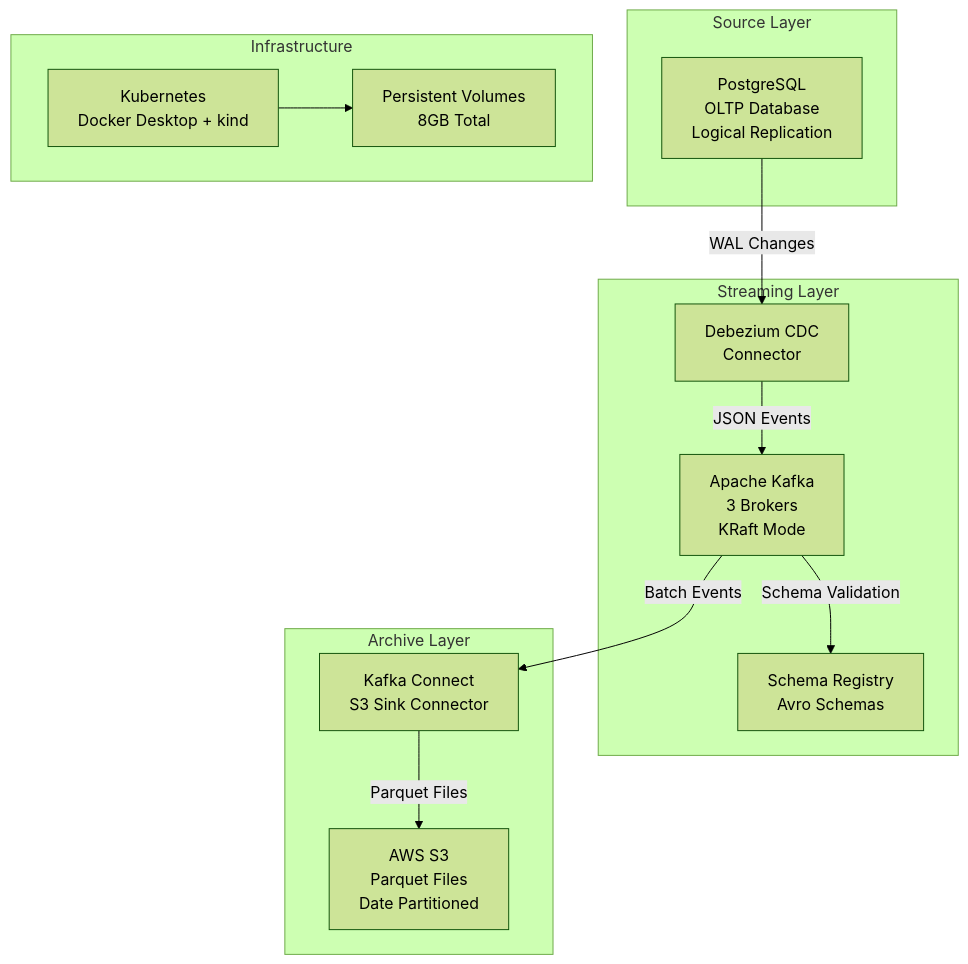
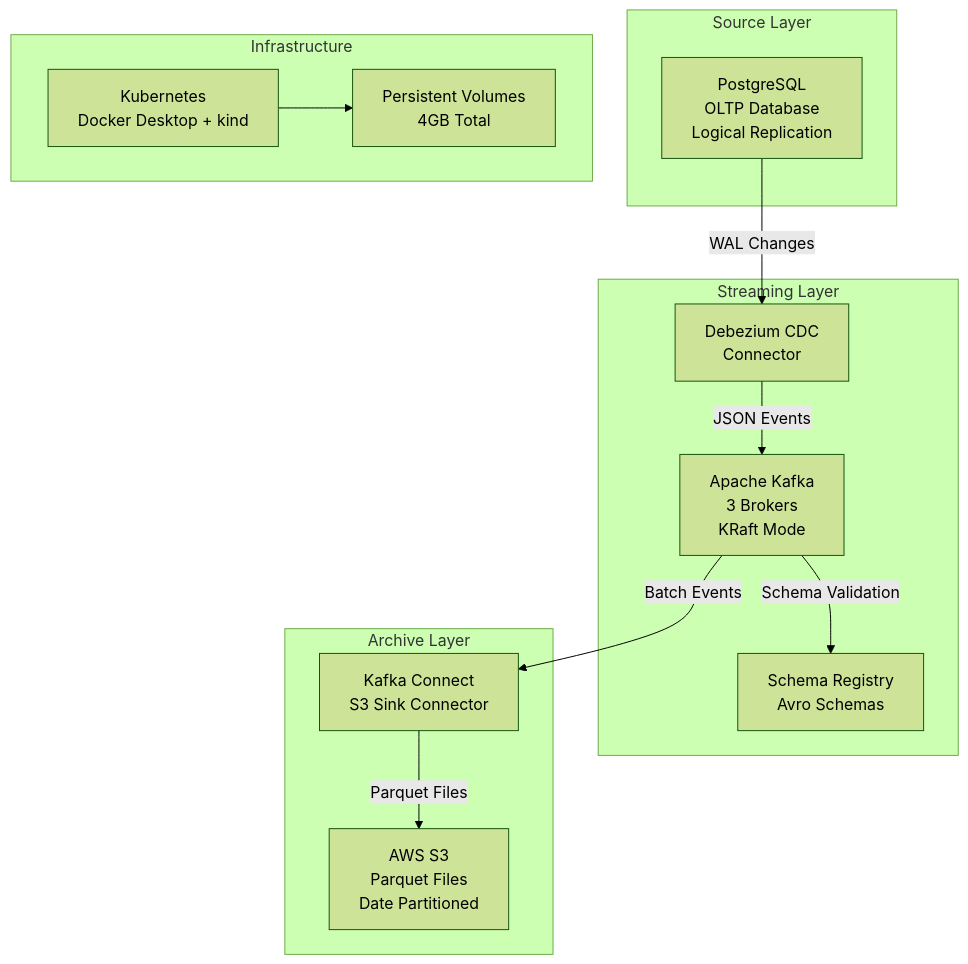
Before and after one commit to mohidmakhdoomi/DataPipe: the diagram in .kiro/specs/data-ingestion-pipeline/design.md, drawn with Mermaid (forest theme). The commit also changed other lines of this file and 21 other files, not shown here.

````diff
--- a/.kiro/specs/data-ingestion-pipeline/design.md
+++ b/.kiro/specs/data-ingestion-pipeline/design.md
@@ -16,30 +16,30 @@
 ```mermaid
 graph TB
     subgraph "Source Layer"
         PG[PostgreSQL<br/>OLTP Database<br/>Logical Replication]
     end
     
     subgraph "Streaming Layer"
         CDC[Debezium CDC<br/>Connector]
         KAFKA[Apache Kafka<br/>3 Brokers<br/>KRaft Mode]
         SR[Schema Registry<br/>Avro Schemas]
     end
     
     subgraph "Archive Layer"
         S3SINK[Kafka Connect<br/>S3 Sink Connector]
         S3[AWS S3<br/>Parquet Files<br/>Date Partitioned]
     end
     
     subgraph "Infrastructure"
         K8S[Kubernetes<br/>Docker Desktop + kind]
-        PV[Persistent Volumes<br/>8GB Total]
+        PV[Persistent Volumes<br/>4GB Total]
     end
     
     PG -->|WAL Changes| CDC
     CDC -->|JSON Events| KAFKA
     KAFKA -->|Schema Validation| SR
     KAFKA -->|Batch Events| S3SINK
     S3SINK -->|Parquet Files| S3
     
     K8S --> PV
 ```
````
